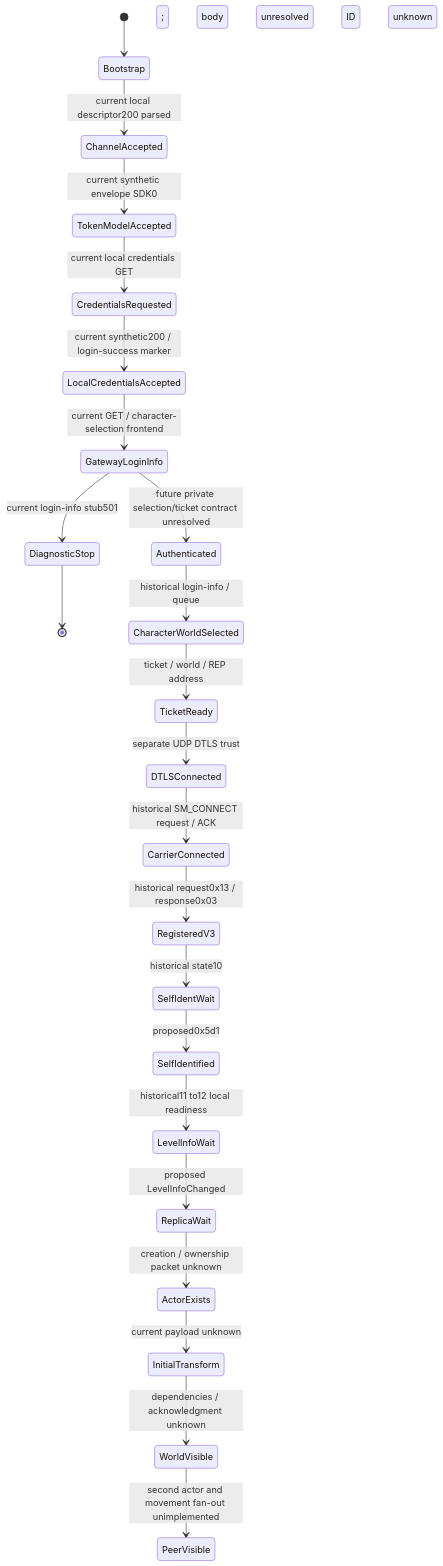
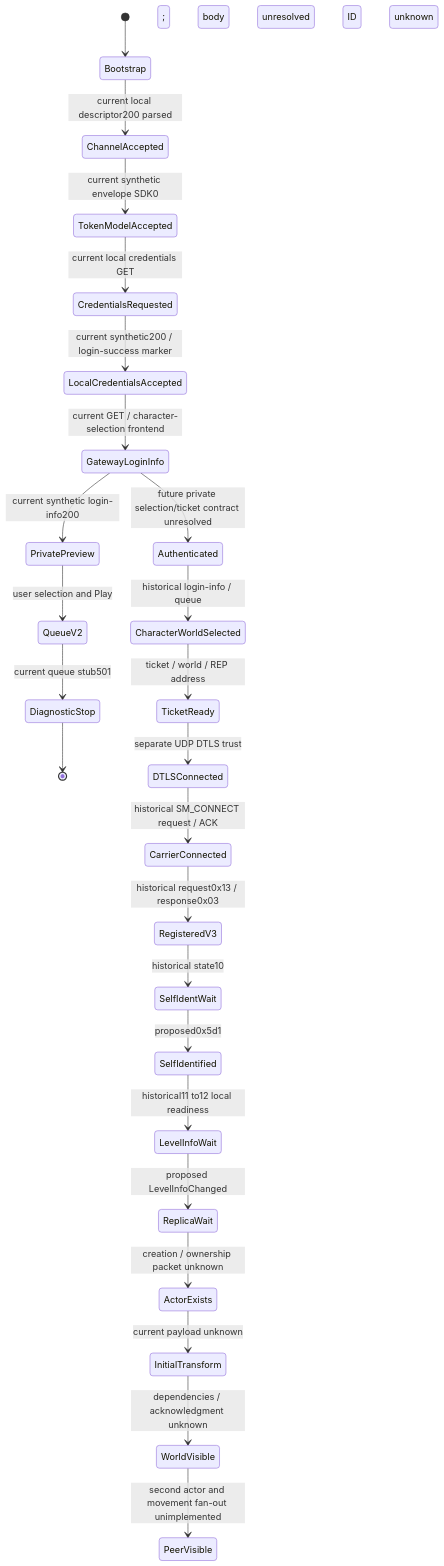
One commit to AScriver/NewWorldPreservation changed the diagram in docs/SPAWN_SEQUENCE.md. Above: the diagram before and after it, drawn with Mermaid. The commit also changed other lines of this file and 15 other files, not shown here.

Commit message:
Prove current-client private character selection and queue request

````diff
--- a/docs/SPAWN_SEQUENCE.md
+++ b/docs/SPAWN_SEQUENCE.md
@@ -13,25 +15,27 @@
 ```mermaid
 stateDiagram-v2
     [*] --> Bootstrap
     Bootstrap --> ChannelAccepted: current local descriptor200 parsed
     ChannelAccepted --> TokenModelAccepted: current synthetic envelope SDK0
     TokenModelAccepted --> CredentialsRequested: current local credentials GET
     CredentialsRequested --> LocalCredentialsAccepted: current synthetic200 / login-success marker
     LocalCredentialsAccepted --> GatewayLoginInfo: current GET / character-selection frontend
-    GatewayLoginInfo --> DiagnosticStop: current login-info stub501
+    GatewayLoginInfo --> PrivatePreview: current synthetic login-info200
+    PrivatePreview --> QueueV2: user selection and Play
+    QueueV2 --> DiagnosticStop: current queue stub501
     DiagnosticStop --> [*]
     GatewayLoginInfo --> Authenticated: future private selection/ticket contract unresolved
     Authenticated --> CharacterWorldSelected: historical login-info / queue
     CharacterWorldSelected --> TicketReady: ticket / world / REP address
     TicketReady --> DTLSConnected: separate UDP DTLS trust
     DTLSConnected --> CarrierConnected: historical SM_CONNECT request / ACK
     CarrierConnected --> RegisteredV3: historical request0x13 / response0x03
     RegisteredV3 --> SelfIdentWait: historical state10
     SelfIdentWait --> SelfIdentified: proposed0x5d1; body unresolved
     SelfIdentified --> LevelInfoWait: historical11 to12 local readiness
     LevelInfoWait --> ReplicaWait: proposed LevelInfoChanged; ID unknown
     ReplicaWait --> ActorExists: creation / ownership packet unknown
     ActorExists --> InitialTransform: current payload unknown
     InitialTransform --> WorldVisible: dependencies / acknowledgment unknown
     WorldVisible --> PeerVisible: second actor and movement fan-out unimplemented
 ```
````
